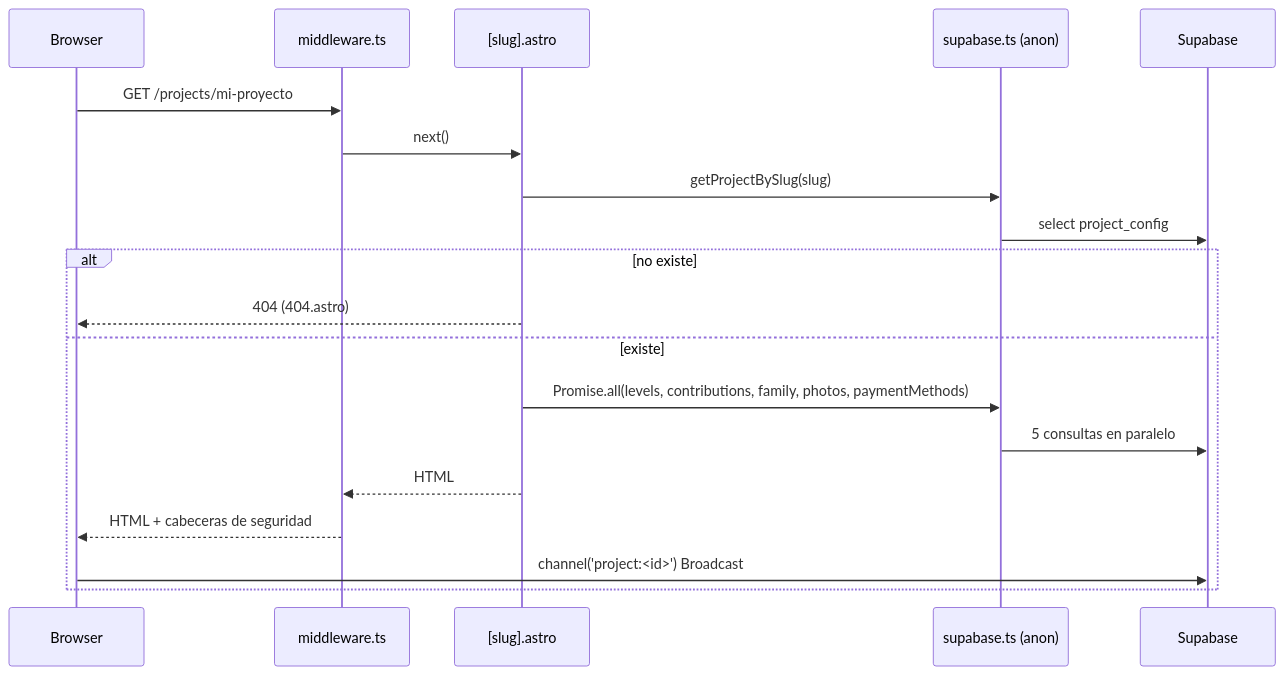
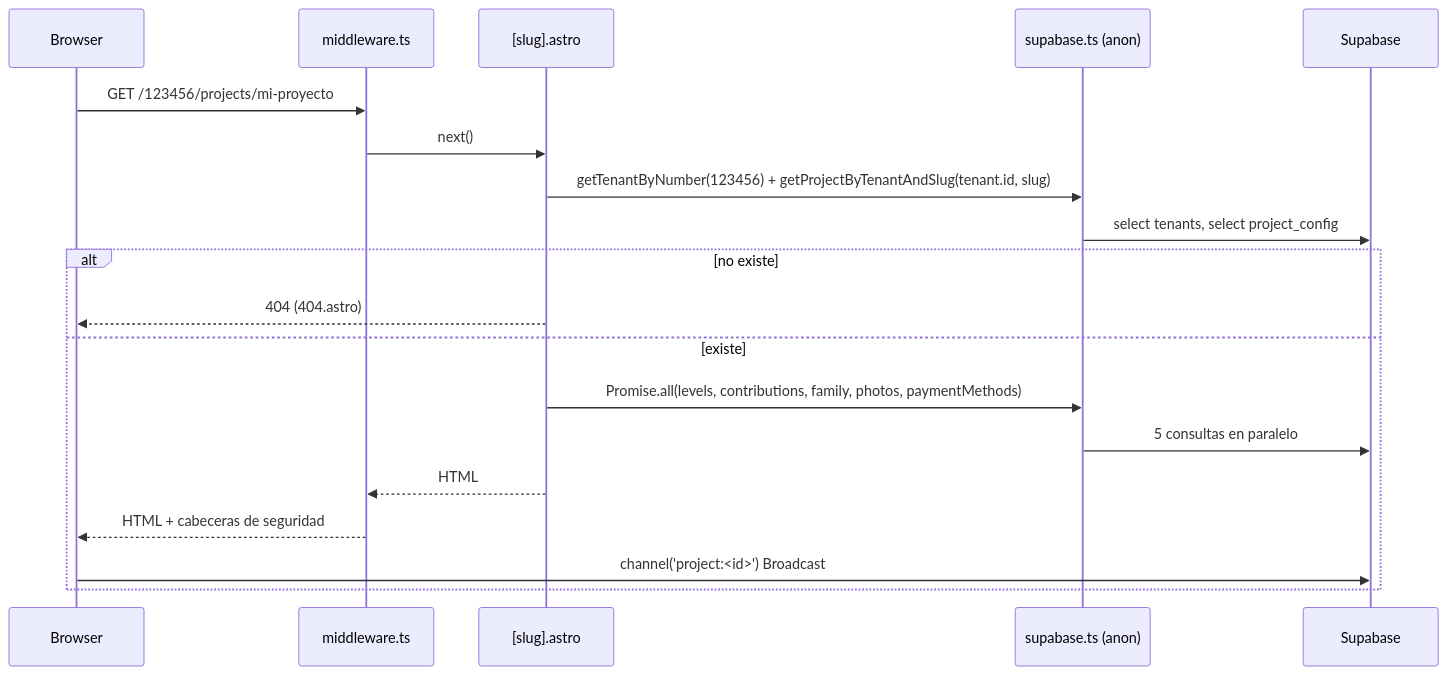
Before and after one commit to GallardoNr1/gallardo-crowdfunding: the second of 5 diagrams in docs/ARCHITECTURE.md, drawn with Mermaid. The commit also changed other lines of this file and 3 other files, not shown here.

````diff
--- a/docs/ARCHITECTURE.md
+++ b/docs/ARCHITECTURE.md
@@ -111,22 +115,22 @@
 ```mermaid
 sequenceDiagram
     participant Browser
     participant MW as middleware.ts
     participant Page as [slug].astro
     participant Lib as supabase.ts (anon)
     participant DB as Supabase
 
-    Browser->>MW: GET /projects/mi-proyecto
+    Browser->>MW: GET /123456/projects/mi-proyecto
     MW->>Page: next()
-    Page->>Lib: getProjectBySlug(slug)
-    Lib->>DB: select project_config
+    Page->>Lib: getTenantByNumber(123456) + getProjectByTenantAndSlug(tenant.id, slug)
+    Lib->>DB: select tenants, select project_config
     alt no existe
         Page-->>Browser: 404 (404.astro)
     else existe
         Page->>Lib: Promise.all(levels, contributions, family, photos, paymentMethods)
         Lib->>DB: 5 consultas en paralelo
         Page-->>MW: HTML
         MW-->>Browser: HTML + cabeceras de seguridad
         Browser->>DB: channel('project:<id>') Broadcast
     end
 ```
````
